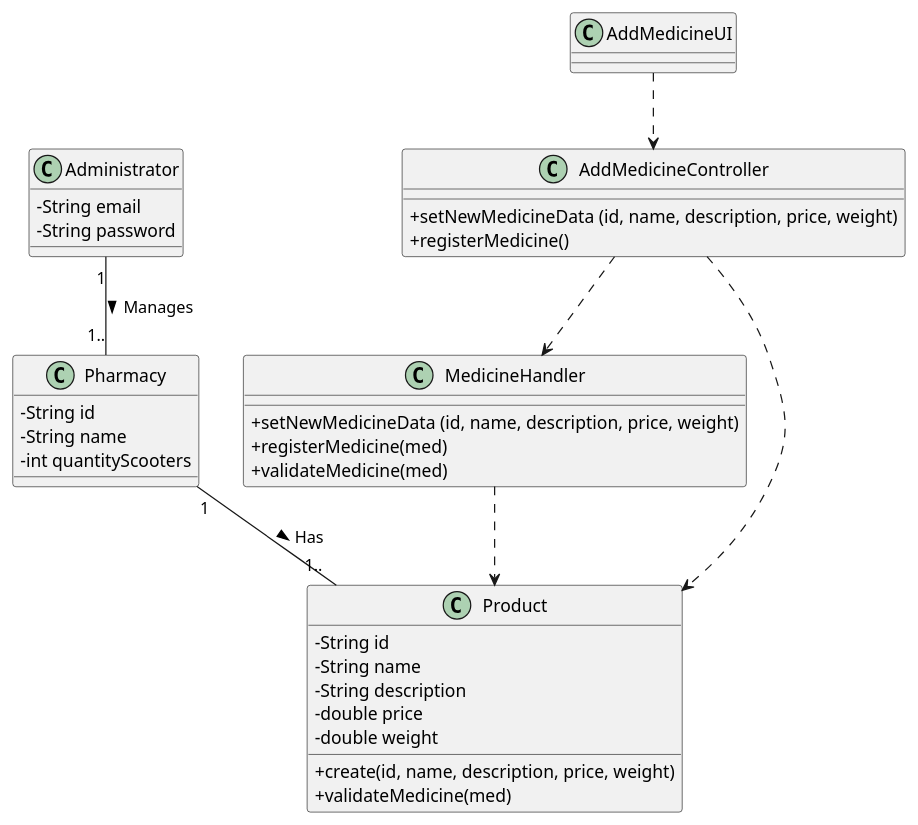
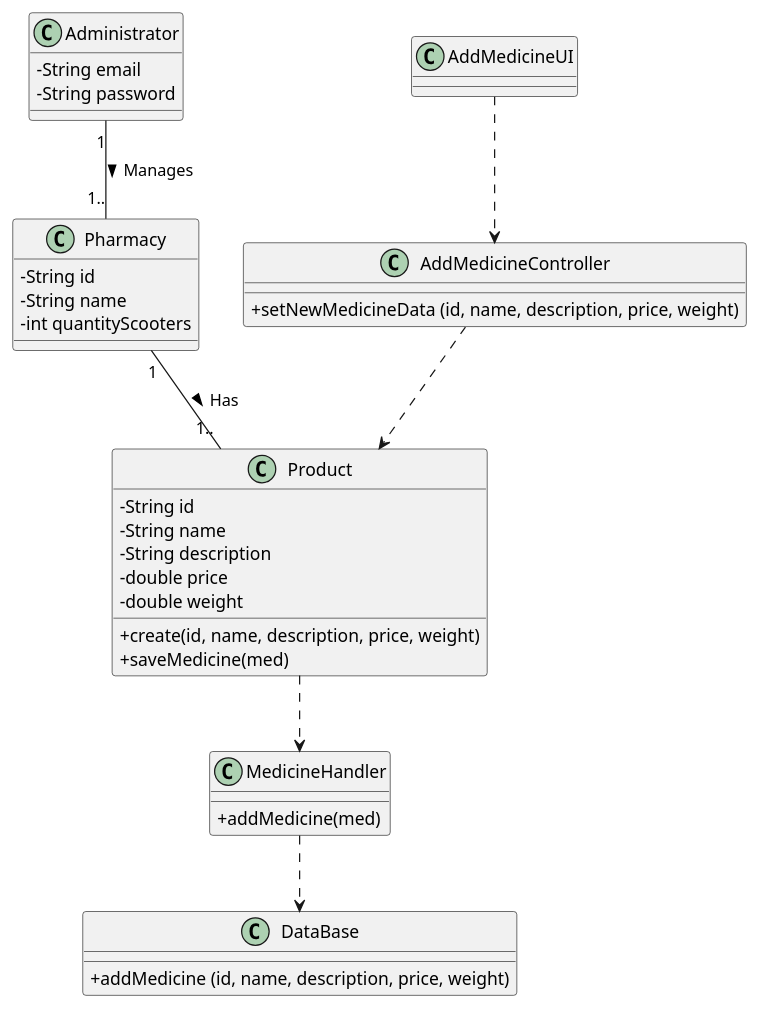
Before and after one commit to 1190452/LAPR3: the diagram in Documents/UC10/UC10_CD.puml, drawn with PlantUML. The commit also changed 3 other files, not shown here.

Commit message:
AUCMN1-105 #close #comment changes to the CD and SD diagrams

```diff
--- a/Documents/UC10/UC10_CD.puml
+++ b/Documents/UC10/UC10_CD.puml
@@ -1,48 +1,49 @@
 @startuml
 skinparam classAttributeIconSize 0
 
 class AddMedicineController {
   +setNewMedicineData (id, name, description, price, weight)
-  +registerMedicine()
 }
 
 class AddMedicineUI {
 }
 
 class MedicineHandler{
-    +setNewMedicineData (id, name, description, price, weight)
-    +registerMedicine(med)
-    +validateMedicine(med)
+    +addMedicine(med)
+}
+
+class DataBase{
+   +addMedicine (id, name, description, price, weight)
 }
 
 class Product {
   -String id
   -String name
   -String description
   -double price
   -double weight
   
   +create(id, name, description, price, weight)
-  +validateMedicine(med)
+  +saveMedicine(med)
 }
 
 class Administrator{
   -String email
   -String password 
 }
 
 class Pharmacy {
   -String id
   -String name
   -int quantityScooters
   }
 
 AddMedicineUI ..> AddMedicineController
-AddMedicineController ..> MedicineHandler
 AddMedicineController ..> Product
-MedicineHandler ..> Product
+Product ..> MedicineHandler
+MedicineHandler ..> DataBase
 
 Pharmacy "1" -- "1.." Product: Has >
 Administrator "1" -- "1.." Pharmacy: Manages >
 
 @enduml
```
